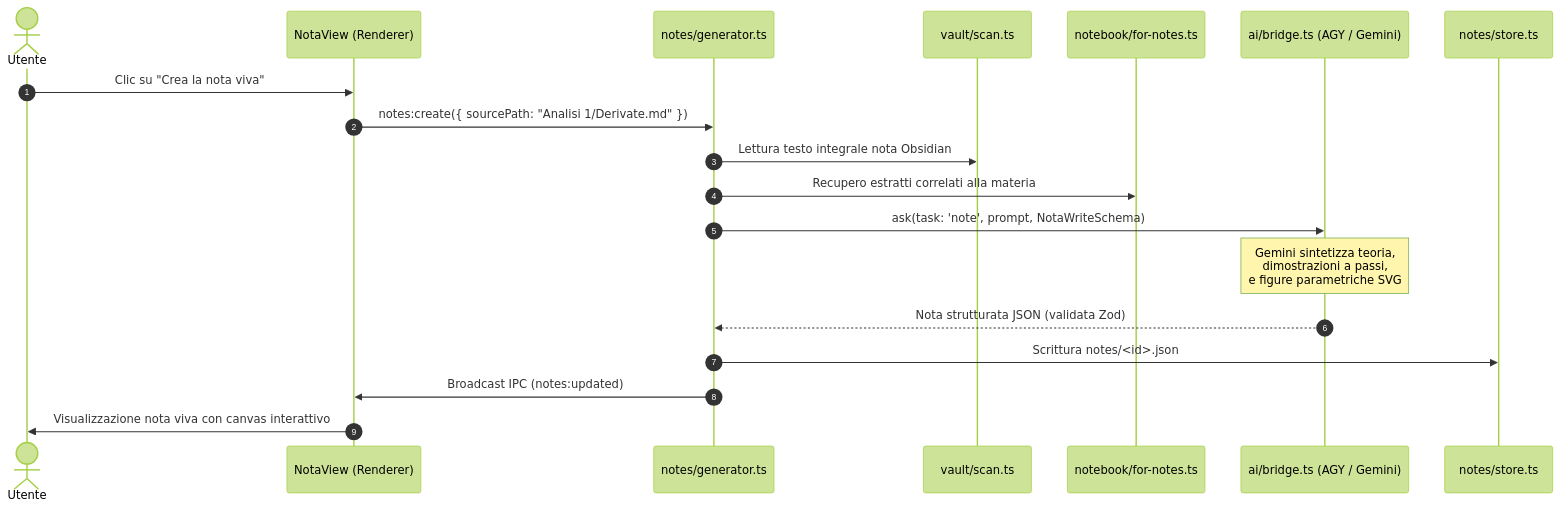
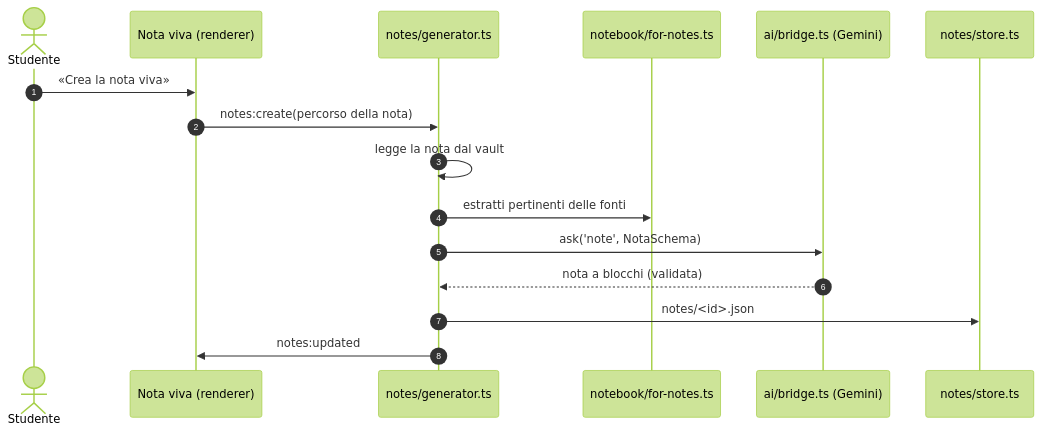
The third of 6 diagrams in docs/ARCHITECTURE.md (andrevvuuuu/sinapsi), drawn with Mermaid (forest theme) before and after one commit. The commit also changed other lines of this file, not shown here.

Commit message:
docs: ARCHITECTURE aggiornato sull'app di oggi

````diff
--- a/docs/ARCHITECTURE.md
+++ b/docs/ARCHITECTURE.md
@@ -432,22 +431,19 @@
 ```mermaid
 sequenceDiagram
     autonumber
-    actor Utente
-    participant UI as NotaView (Renderer)
+    actor Studente
+    participant UI as Nota viva (renderer)
     participant Gen as notes/generator.ts
-    participant Vault as vault/scan.ts
-    participant Notebook as notebook/for-notes.ts
-    participant Bridge as ai/bridge.ts (AGY / Gemini)
+    participant NB as notebook/for-notes.ts
+    participant AI as ai/bridge.ts (Gemini)
     participant Store as notes/store.ts
 
-    Utente->>UI: Clic su "Crea la nota viva"
-    UI->>Gen: notes:create({ sourcePath: "Analisi 1/Derivate.md" })
-    Gen->>Vault: Lettura testo integrale nota Obsidian
-    Gen->>Notebook: Recupero estratti correlati alla materia
-    Gen->>Bridge: ask(task: 'note', prompt, NotaWriteSchema)
-    Note over Bridge: Gemini sintetizza teoria,<br/>dimostrazioni a passi,<br/>e figure parametriche SVG
-    Bridge-->>Gen: Nota strutturata JSON (validata Zod)
-    Gen->>Store: Scrittura notes/<id>.json
-    Gen->>UI: Broadcast IPC (notes:updated)
-    UI->>Utente: Visualizzazione nota viva con canvas interattivo
+    Studente->>UI: «Crea la nota viva»
+    UI->>Gen: notes:create(percorso della nota)
+    Gen->>Gen: legge la nota dal vault
+    Gen->>NB: estratti pertinenti delle fonti
+    Gen->>AI: ask('note', NotaSchema)
+    AI-->>Gen: nota a blocchi (validata)
+    Gen->>Store: notes/<id>.json
+    Gen->>UI: notes:updated
 ```
````
